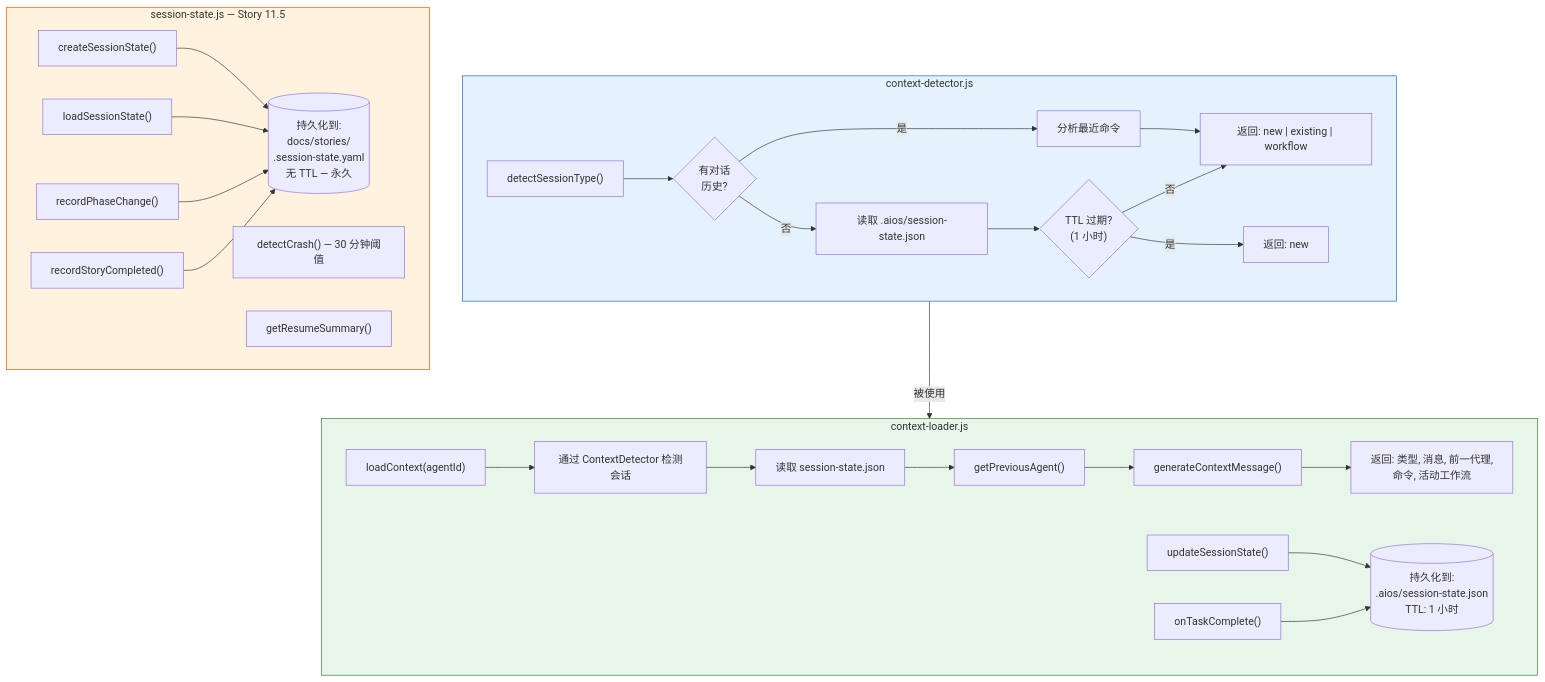
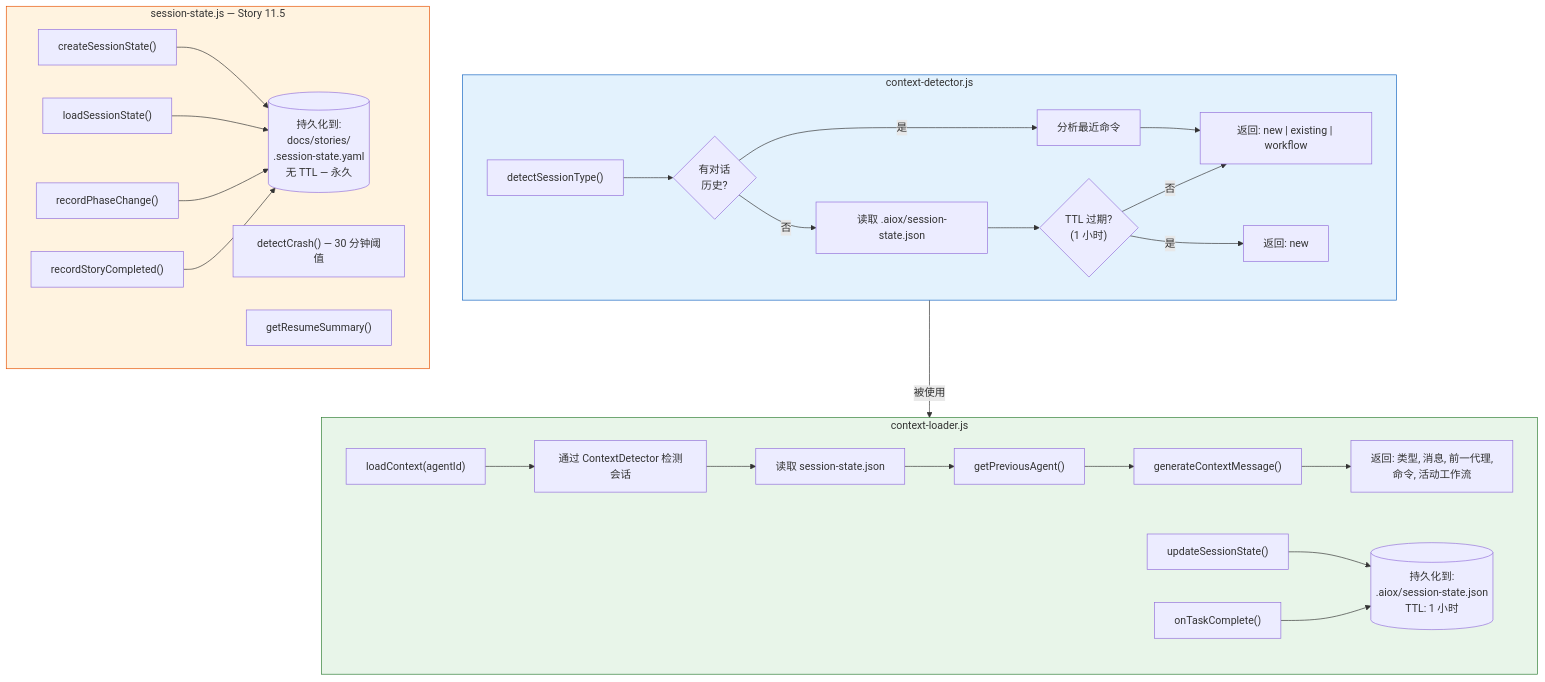
Before and after one commit to brunajunckes/aiox-core: the seventh of 18 diagrams in docs/zh/guides/MEMORY-SYSTEM.md, drawn with Mermaid. The commit also changed other lines of this file and 3446 other files, not shown here.

First line of the commit message:
chore: rebrand aios → aiox across entire codebase (#552)

````diff
--- a/docs/zh/guides/MEMORY-SYSTEM.md
+++ b/docs/zh/guides/MEMORY-SYSTEM.md
@@ -301,60 +301,60 @@
 ```mermaid
 flowchart TD
     subgraph CTX_DETECT["context-detector.js"]
         CD1["detectSessionType()"]
         CD2{"有对话<br/>历史?"}
         CD3["分析最近命令"]
-        CD4["读取 .aios/session-state.json"]
+        CD4["读取 .aiox/session-state.json"]
         CD5["返回: new | existing | workflow"]
         CD6{"TTL 过期?<br/>(1 小时)"}
 
         CD1 --> CD2
         CD2 -->|"是"| CD3
         CD2 -->|"否"| CD4
         CD3 --> CD5
         CD4 --> CD6
         CD6 -->|"是"| CD7["返回: new"]
         CD6 -->|"否"| CD5
     end
 
     subgraph CTX_LOADER["context-loader.js"]
         CL1["loadContext(agentId)"]
         CL2["通过 ContextDetector 检测会话"]
         CL3["读取 session-state.json"]
         CL4["getPreviousAgent()"]
         CL5["generateContextMessage()"]
         CL6["返回: 类型, 消息, 前一代理,<br/>命令, 活动工作流"]
         CL7["updateSessionState()"]
         CL8["onTaskComplete()"]
-        CL9[("持久化到:<br/>.aios/session-state.json<br/>TTL: 1 小时")]
+        CL9[("持久化到:<br/>.aiox/session-state.json<br/>TTL: 1 小时")]
 
         CL1 --> CL2
         CL2 --> CL3
         CL3 --> CL4
         CL4 --> CL5
         CL5 --> CL6
         CL7 --> CL9
         CL8 --> CL9
     end
 
     subgraph SESS_STATE["session-state.js — Story 11.5"]
         SS1["createSessionState()"]
         SS2["loadSessionState()"]
         SS3["recordPhaseChange()"]
         SS4["recordStoryCompleted()"]
         SS5["detectCrash() — 30 分钟阈值"]
         SS6["getResumeSummary()"]
         SS7[("持久化到:<br/>docs/stories/<br/>.session-state.yaml<br/>无 TTL — 永久")]
 
         SS1 --> SS7
         SS2 --> SS7
         SS3 --> SS7
         SS4 --> SS7
     end
 
     CTX_DETECT -->|"被使用"| CTX_LOADER
 
     style CTX_DETECT fill:#E3F2FD,stroke:#1565C0
     style CTX_LOADER fill:#E8F5E9,stroke:#2E7D32
     style SESS_STATE fill:#FFF3E0,stroke:#E65100
 ```
````
